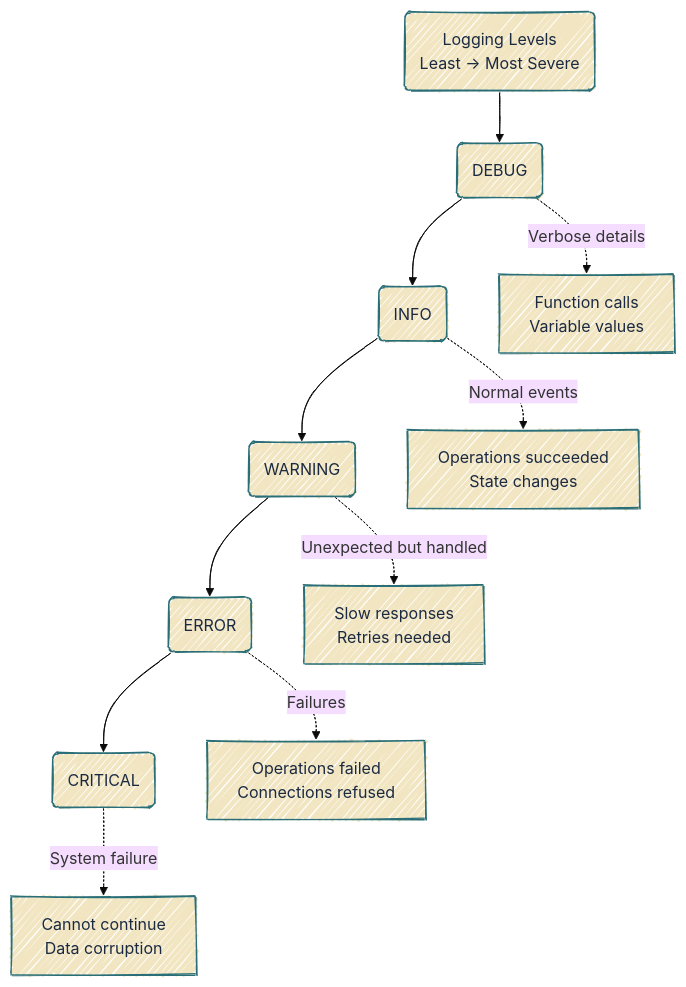
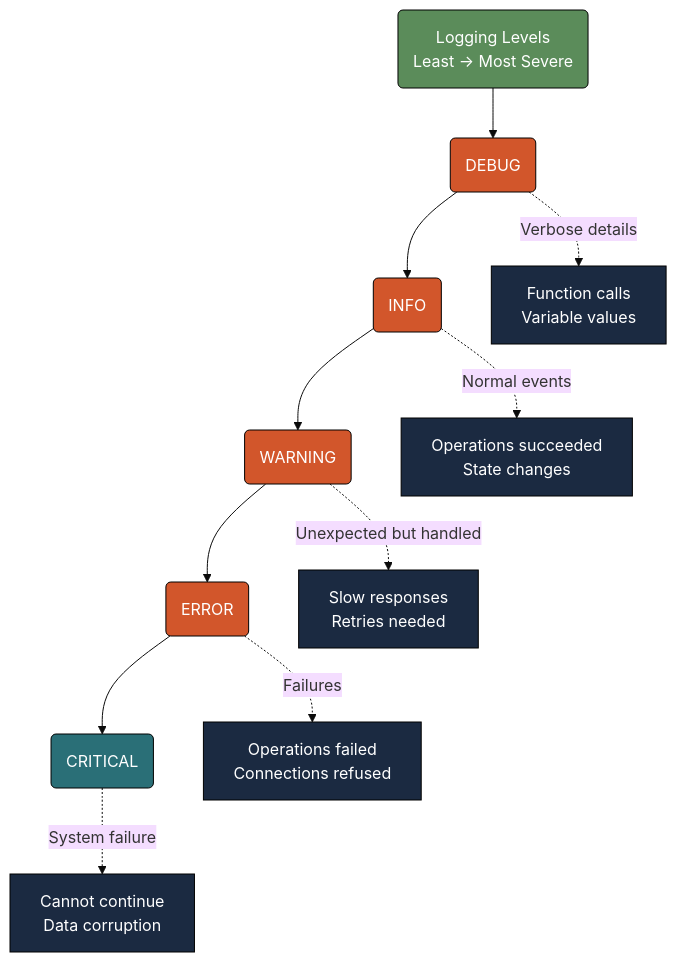
One commit to mjfrigaard/do4ds-labs changed the third of 4 diagrams in lab04.qmd. Above: the diagram before and after it, drawn with Mermaid. The commit also changed other lines of this file and 48 other files, not shown here.

````diff
--- a/lab04.qmd
+++ b/lab04.qmd
@@ -196,22 +214,32 @@
 ```{mermaid}
 %%| fig-cap: 'Python logging'
-%%| fig-align: center
+%%| fig-align: 'center'
 %%| fig-width: 6.5
-%%{init: {'theme': 'base', 'look': 'handDrawn', 'themeVariables': {'fontFamily': 'monospace'}}}%%
+%%{init: {'theme': 'base', 'themeVariables': {'fontFamily': 'monospace'}}}%%
 
 graph TD
     A("Logging Levels<br>Least -> Most Severe") --> B("DEBUG")
     B --> C("INFO")
     C --> D("WARNING")
     D --> E("ERROR")
     E --> F("CRITICAL")
     
     B -.Verbose details.-> B1[Function calls<br>Variable values]
     C -.Normal events.-> C1[Operations succeeded<br>State changes]
     D -.Unexpected but handled.-> D1[Slow responses<br>Retries needed]
     E -.Failures.-> E1[Operations failed<br>Connections refused]
     F -.System failure.-> F1[Cannot continue<br>Data corruption]
-    classDef default fill:#F2E6C2,stroke:#2A6F77,color:#1B2A41
-    
-    
+    style A fill:#5B8C5A,stroke:#000000,stroke-width:1px,color:#ffffff
+    style B fill:#D2562B,stroke:#000000,stroke-width:1px,color:#ffffff
+    style C fill:#D2562B,stroke:#000000,stroke-width:1px,color:#ffffff
+    style D fill:#D2562B,stroke:#000000,stroke-width:1px,color:#ffffff
+    style E fill:#D2562B,stroke:#000000,stroke-width:1px,color:#ffffff
+    style F fill:#2A6F77,stroke:#000000,stroke-width:1px,color:#ffffff
+    style B1 fill:#1B2A41,stroke:#000000,stroke-width:1px,color:#ffffff
+    style C1 fill:#1B2A41,stroke:#000000,stroke-width:1px,color:#ffffff
+    style D1 fill:#1B2A41,stroke:#000000,stroke-width:1px,color:#ffffff
+    style E1 fill:#1B2A41,stroke:#000000,stroke-width:1px,color:#ffffff
+    style F1 fill:#1B2A41,stroke:#000000,stroke-width:1px,color:#ffffff
+
+
 ```
````
